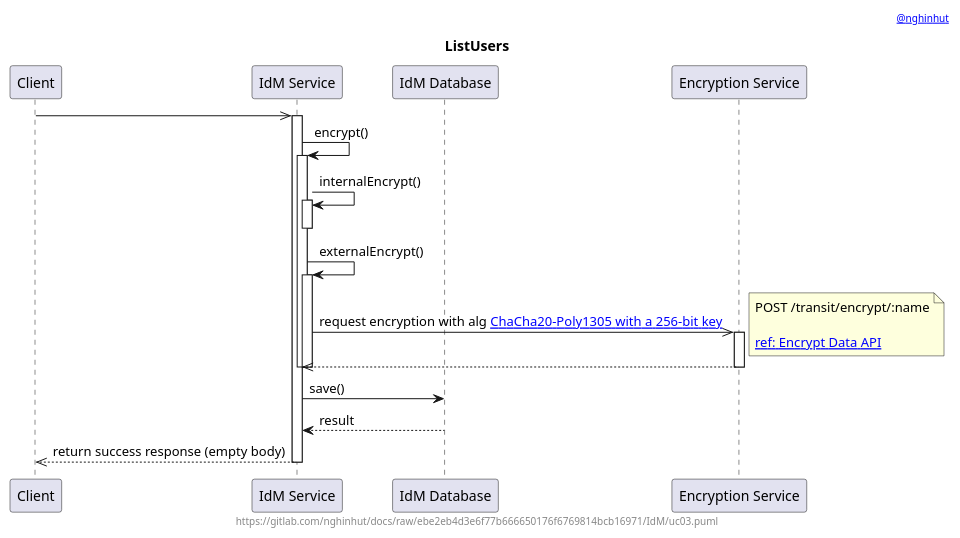
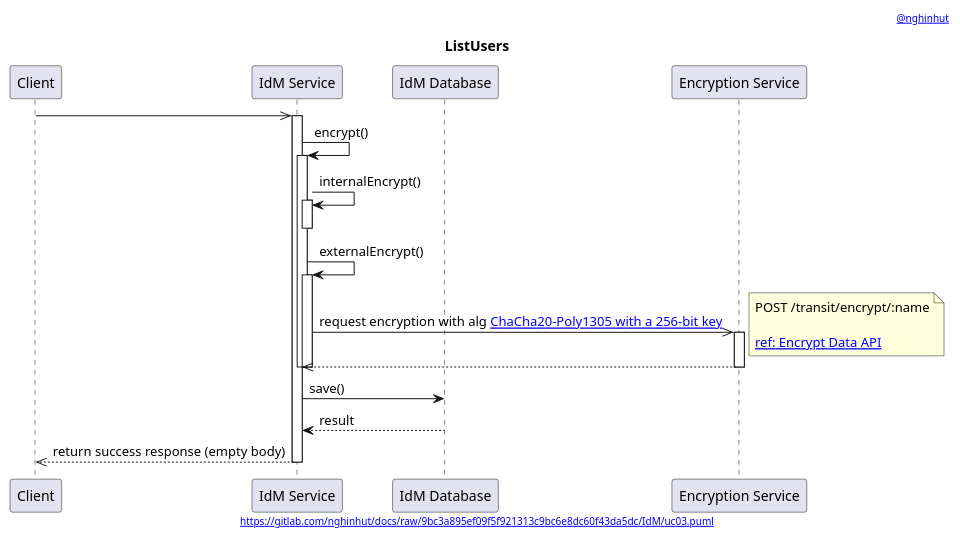
The diagram in IdM/uc03.sequence.puml (nghinhut/docs), drawn with PlantUML before and after one commit. The commit also changed 18 other files, not shown here.

Commit message:
Update diagrams

```diff
--- a/IdM/uc03.sequence.puml
+++ b/IdM/uc03.sequence.puml
@@ -1,43 +1,43 @@
 @startuml
 '-----START auto generated metadata please keep comment here to allow auto update-----
 '-----DON'T EDIT THIS SECTION, INSTEAD RE-RUN prebuild.sh TO UPDATE-----
 header [[mailto:nghinhut@gmail.com @nghinhut]]
-footer https://gitlab.com/nghinhut/docs/raw/ebe2eb4d3e6f77b666650176f6769814bcb16971/IdM/uc03.puml
+footer [[https://gitlab.com/nghinhut/docs/raw/9bc3a895ef09f5f921313c9bc6e8dc60f43da5dc/IdM/uc03.puml]]
 '-----END auto generated metadata please keep comment here to allow auto update-----
 title ListUsers
 
 participant "Client" as client
 participant "IdM Service" as idm
 participant "IdM Database" as db
 participant "Encryption Service" as es
 
 client ->> idm
 activate idm
 
 idm -> idm : encrypt()
 activate idm
 idm -> idm : internalEncrypt()
 activate idm
 deactivate idm
 
 idm -> idm : externalEncrypt()
 activate idm
 idm ->> es : request encryption with alg [[https://www.vaultproject.io/docs/secrets/transit/index.html#chacha20-poly1305 ChaCha20-Poly1305 with a 256-bit key]]
 note right
     POST /transit/encrypt/:name
 
     [[https://www.vaultproject.io/api/secret/transit/index.html#encrypt-data ref: Encrypt Data API]]
 end note
 activate es
 idm <<-- es
 deactivate es
 deactivate idm
 deactivate idm
 
 idm -> db : save()
 idm <-- db : result
 
 client <<-- idm : return success response (empty body)
 deactivate idm
 
 @enduml
```
